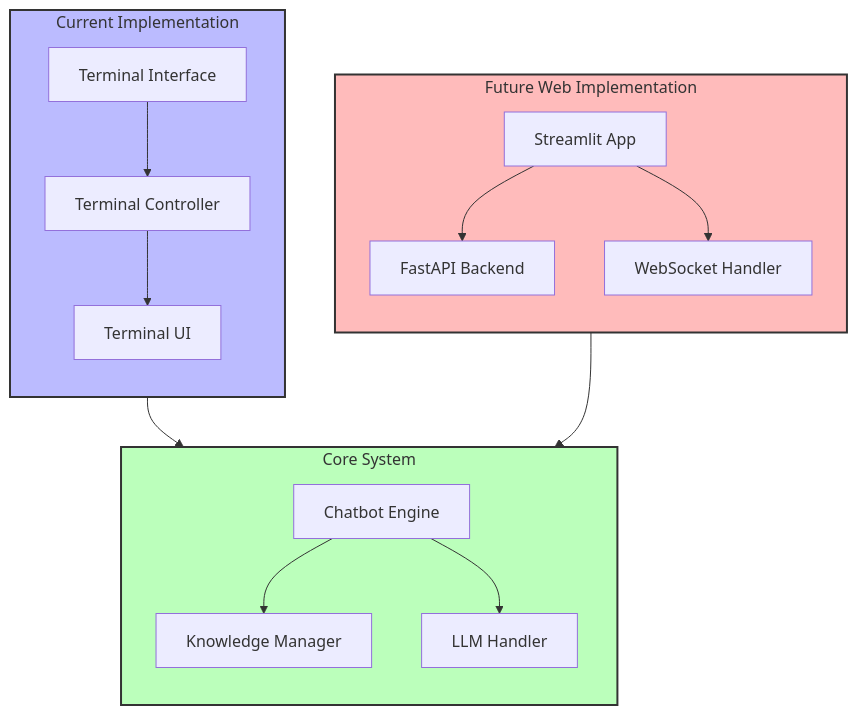
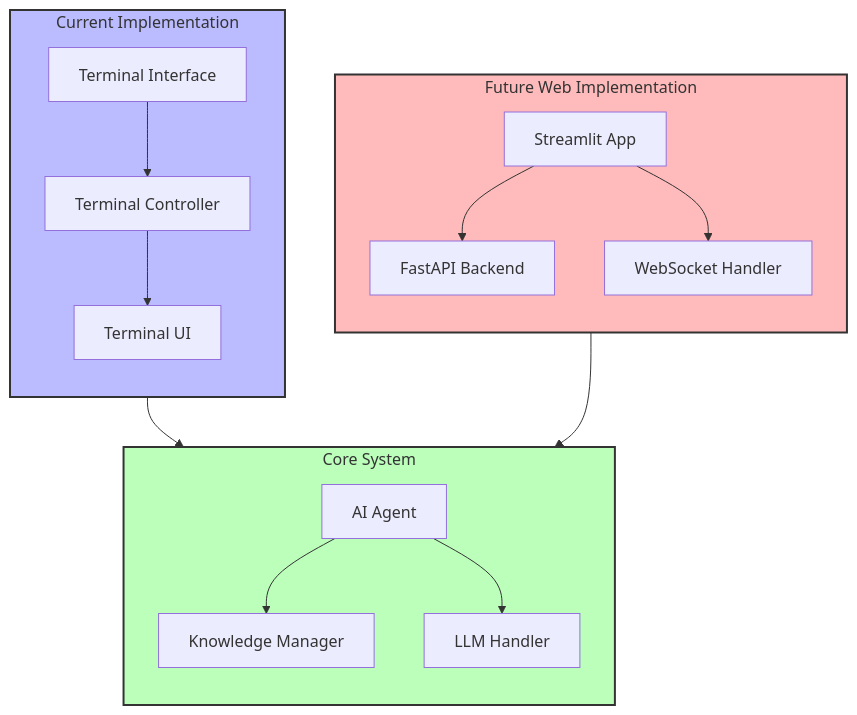
The tenth of 14 diagrams in README.md (UVU-AI-Innovate/teacher-training-chatbot), drawn with Mermaid before and after one commit. The commit also changed other lines of this file, not shown here.

First line of the commit message:
Rename EduAgent to AI Agent in README documentation

````diff
--- a/README.md
+++ b/README.md
@@ -846,39 +846,39 @@
 ```mermaid
 graph TB
     subgraph Current["Current Implementation"]
         direction TB
         T[Terminal Interface]
         TC[Terminal Controller]
         TU[Terminal UI]
         
         T --> TC
         TC --> TU
     end
 
     subgraph Future["Future Web Implementation"]
         direction TB
         S[Streamlit App]
         API[FastAPI Backend]
         WS[WebSocket Handler]
         
         S --> API
         S --> WS
     end
 
     subgraph Core["Core System"]
         direction TB
-        CE[Chatbot Engine]
+        CE[AI Agent]
         KM[Knowledge Manager]
         LLM[LLM Handler]
         
         CE --> KM
         CE --> LLM
     end
 
     Current --> Core
     Future --> Core
 
     style Current fill:#bbf,stroke:#333,stroke-width:2px
     style Future fill:#fbb,stroke:#333,stroke-width:2px
     style Core fill:#bfb,stroke:#333,stroke-width:2px
 ```
````
